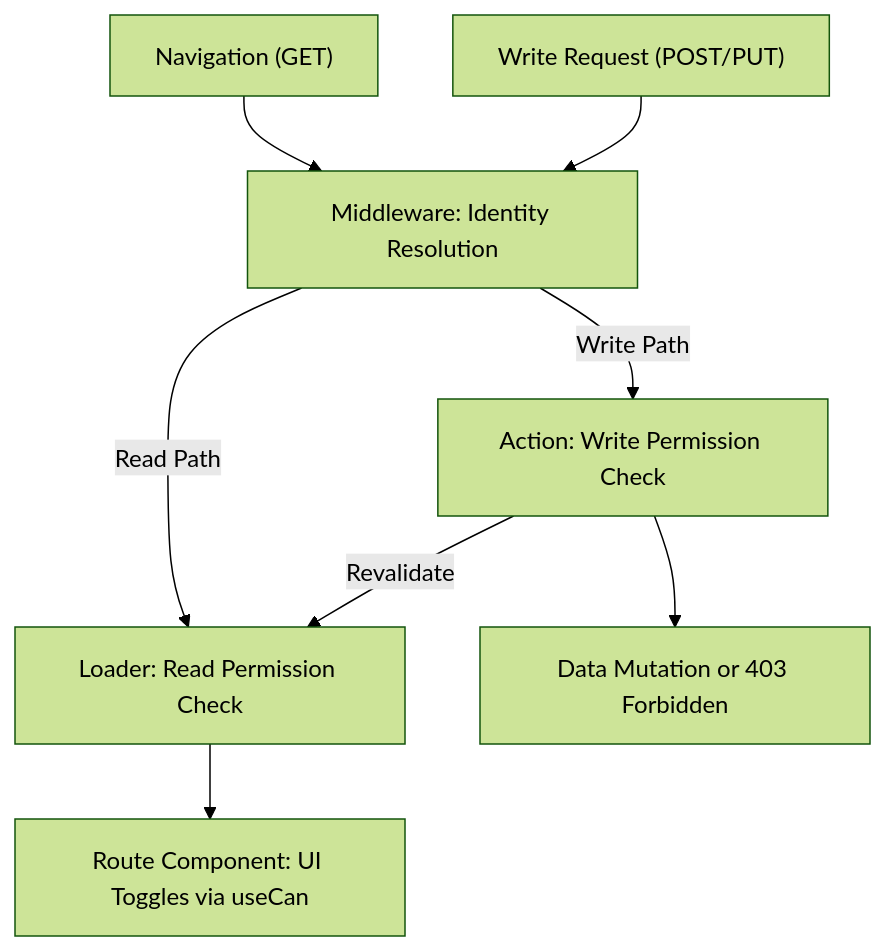
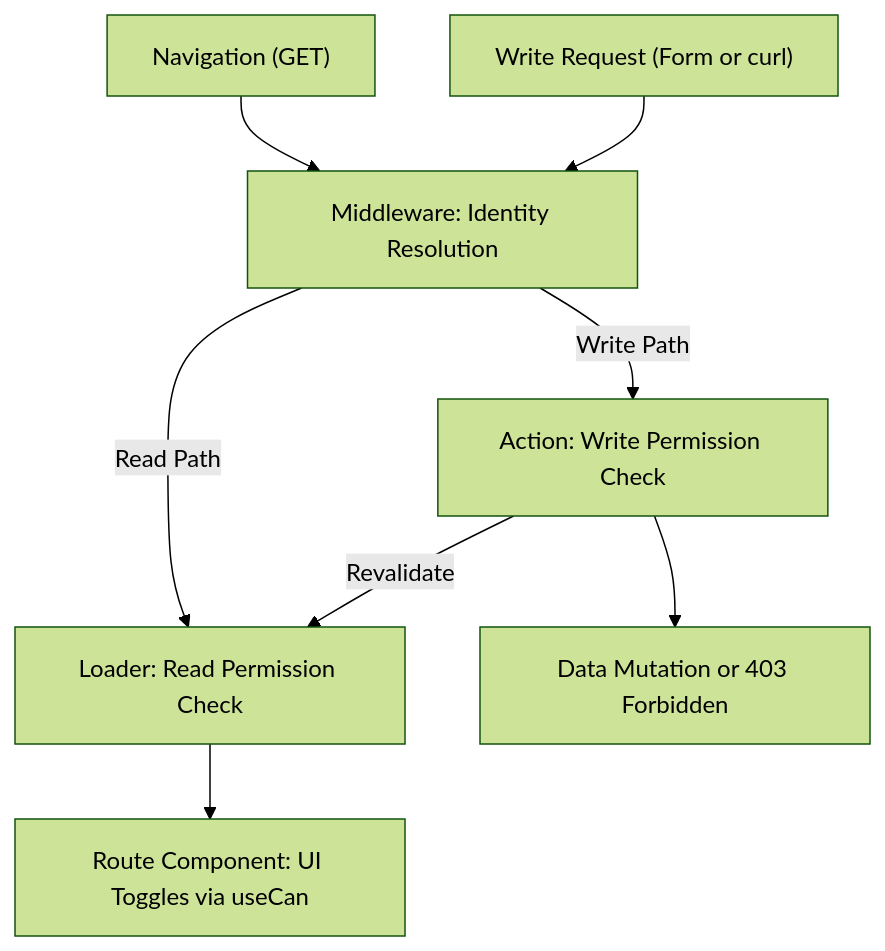
Before and after one commit to Evanion/libraries: the diagram in apps/docs/content/next/acl/react-router.mdx, drawn with Mermaid (forest theme). The commit also changed other lines of this file and 1 other file, not shown here.

Commit message:
docs(acl): label the write requests in the flow diagrams without the http verb

````diff
--- a/apps/docs/content/next/acl/react-router.mdx
+++ b/apps/docs/content/next/acl/react-router.mdx
@@ -45,10 +45,10 @@
 ```mermaid caption="The dual-server boundary in React Router. Middleware identifies the user, the loader gates the read, and the action independently gates the write. The browser tree sits between them, merely reflecting the policy for a better user experience."
 flowchart TD
   N["Navigation (GET)"] --> M["Middleware: Identity Resolution"]
-  P["Write Request (POST/PUT)"] --> M
+  P["Write Request (Form or curl)"] --> M
   M -->|"Read Path"| L["Loader: Read Permission Check"]:::accent
   L --> T["Route Component: UI Toggles via useCan"]
   M -->|"Write Path"| A["Action: Write Permission Check"]
   A --> W["Data Mutation or 403 Forbidden"]
   A -->|"Revalidate"| L
 ```
````
